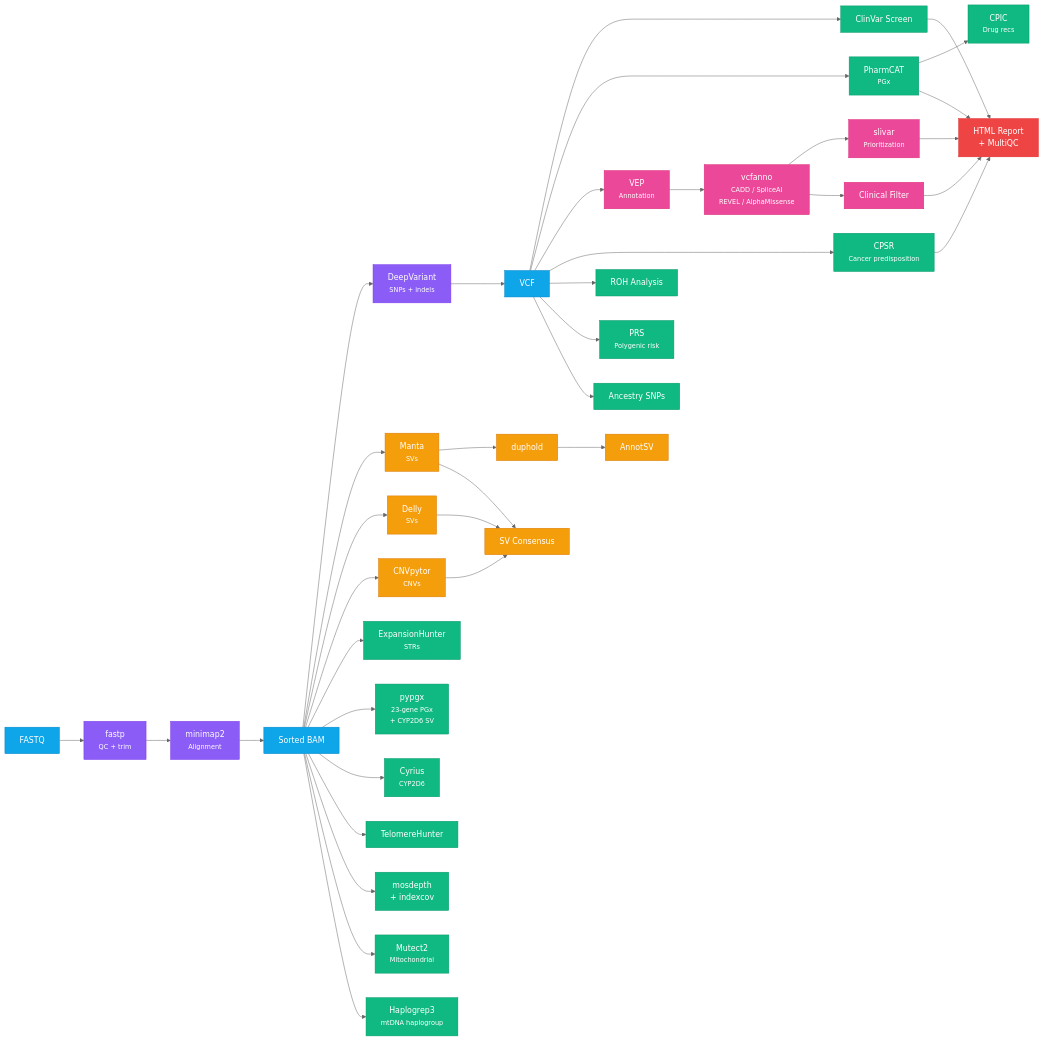
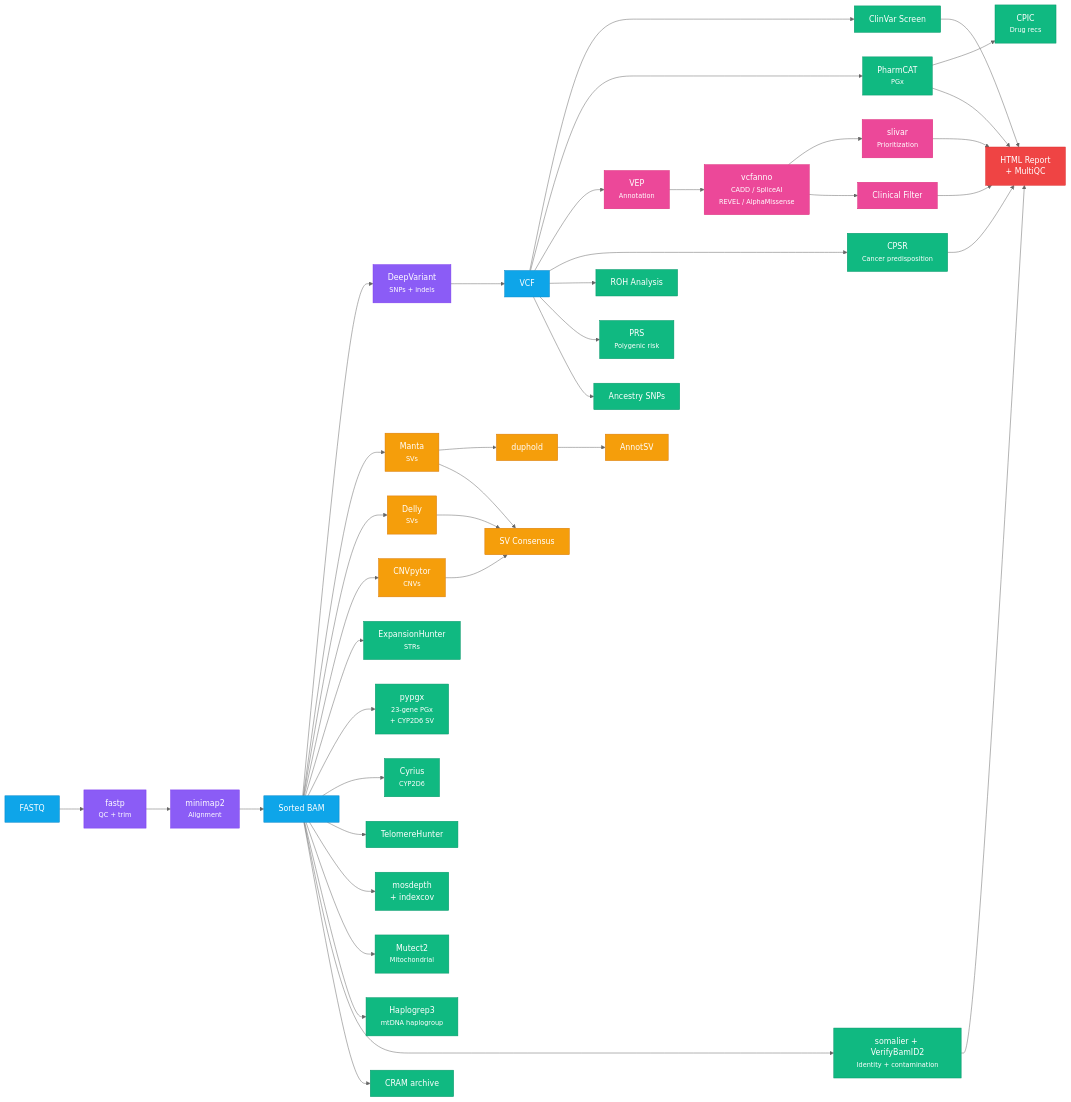
One commit to GeiserX/Personal-Genome-Pipeline changed the diagram in docs/pipeline-overview.md. Above: the diagram before and after it, drawn with Mermaid (neutral theme). The commit also changed other lines of this file and 48 other files, not shown here.

````diff
--- a/docs/pipeline-overview.md
+++ b/docs/pipeline-overview.md
@@ -22,61 +23,64 @@
 ```mermaid
 graph LR
     FASTQ["FASTQ"] --> fastp["fastp<br/><small>QC + trim</small>"]
     fastp --> align["minimap2<br/><small>Alignment</small>"]
     align --> BAM["Sorted BAM"]
     BAM --> DV["DeepVariant<br/><small>SNPs + indels</small>"]
     DV --> VCF["VCF"]
 
     %% VCF-based analyses
     VCF --> clinvar["ClinVar Screen"]
     VCF --> pharmcat["PharmCAT<br/><small>PGx</small>"]
     pharmcat --> cpic["CPIC<br/><small>Drug recs</small>"]
     VCF --> vep["VEP<br/><small>Annotation</small>"]
     vep --> vcfanno["vcfanno<br/><small>CADD / SpliceAI<br/>REVEL / AlphaMissense</small>"]
     vcfanno --> slivar["slivar<br/><small>Prioritization</small>"]
     vcfanno --> clinical["Clinical Filter"]
     VCF --> cpsr["CPSR<br/><small>Cancer predisposition</small>"]
     VCF --> roh["ROH Analysis"]
     VCF --> prs["PRS<br/><small>Polygenic risk</small>"]
     VCF --> ancestry["Ancestry SNPs"]
 
     %% BAM-based analyses
     BAM --> manta["Manta<br/><small>SVs</small>"]
     BAM --> delly["Delly<br/><small>SVs</small>"]
     BAM --> cnvpytor["CNVpytor<br/><small>CNVs</small>"]
     manta --> duphold["duphold"]
     duphold --> annotsv["AnnotSV"]
     manta --> consensus["SV Consensus"]
     delly --> consensus
     cnvpytor --> consensus
 
     BAM --> eh["ExpansionHunter<br/><small>STRs</small>"]
     BAM --> pypgx["pypgx<br/><small>23-gene PGx<br/>+ CYP2D6 SV</small>"]
     BAM --> cyrius["Cyrius<br/><small>CYP2D6</small>"]
     BAM --> telomere["TelomereHunter"]
     BAM --> coverage["mosdepth<br/>+ indexcov"]
     BAM --> mito["Mutect2<br/><small>Mitochondrial</small>"]
     BAM --> haplo["Haplogrep3<br/><small>mtDNA haplogroup</small>"]
+    BAM --> sampleqc["somalier + VerifyBamID2<br/><small>Identity + contamination</small>"]
+    BAM --> cram["CRAM archive"]
 
     %% Reporting
     clinical --> report["HTML Report<br/>+ MultiQC"]
     slivar --> report
     clinvar --> report
     pharmcat --> report
     cpsr --> report
+    sampleqc --> report
 
     %% Styling
     classDef input fill:#0ea5e9,stroke:#0284c7,color:#fff
     classDef core fill:#8b5cf6,stroke:#7c3aed,color:#fff
     classDef analysis fill:#10b981,stroke:#059669,color:#fff
     classDef sv fill:#f59e0b,stroke:#d97706,color:#fff
     classDef annotation fill:#ec4899,stroke:#db2777,color:#fff
     classDef report fill:#ef4444,stroke:#dc2626,color:#fff
 
     class FASTQ,BAM,VCF input
     class fastp,align,DV core
-    class clinvar,pharmcat,cpic,cpsr,eh,roh,prs,ancestry,pypgx,cyrius,telomere,coverage,mito,haplo analysis
+    class clinvar,pharmcat,cpic,cpsr,eh,roh,prs,ancestry,pypgx,cyrius,telomere,coverage,mito,haplo,sampleqc,cram analysis
     class manta,delly,cnvpytor,consensus,duphold,annotsv sv
     class vep,vcfanno,slivar,clinical annotation
     class report report
 ```
````
